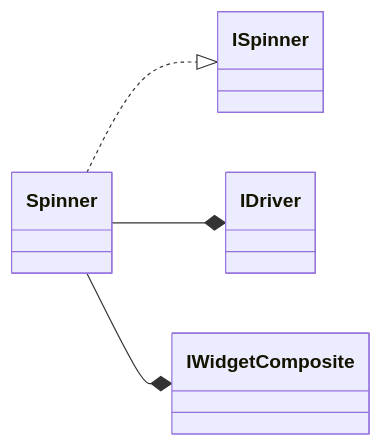
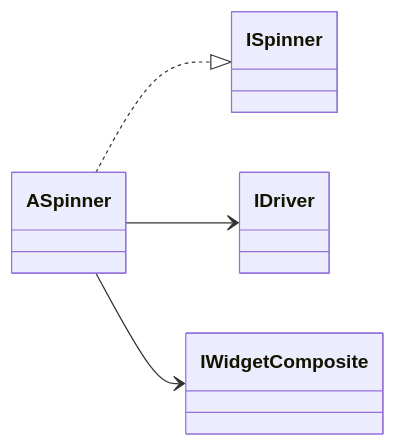
The diagram in doc/info/hierarchy/ASpinner.md (alecrabbit/php-console-spinner), drawn with Mermaid before and after one commit. The commit also changed other lines of this file and 14 other files, not shown here.

````diff
--- a/doc/info/hierarchy/ASpinner.md
+++ b/doc/info/hierarchy/ASpinner.md
@@ -4,7 +4,7 @@
 ```mermaid
 classDiagram
 direction LR
-Spinner ..|> ISpinner
-Spinner --* IDriver
-Spinner --* IWidgetComposite
+ASpinner ..|> ISpinner
+ASpinner --> IDriver
+ASpinner --> IWidgetComposite
 ```
````
